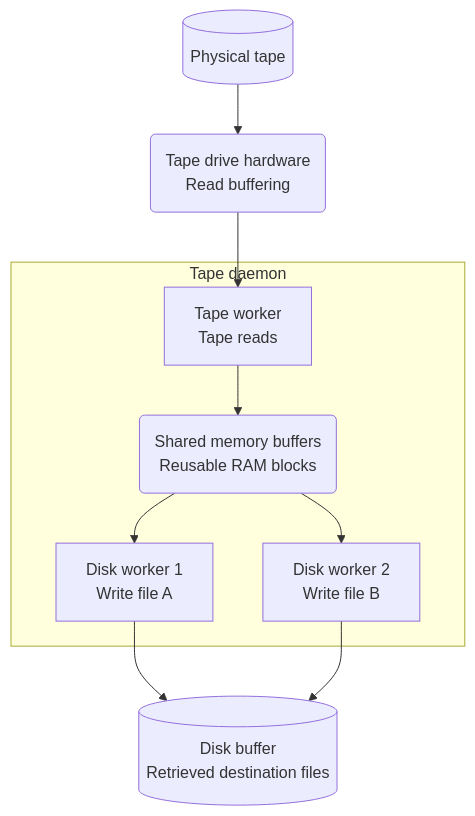
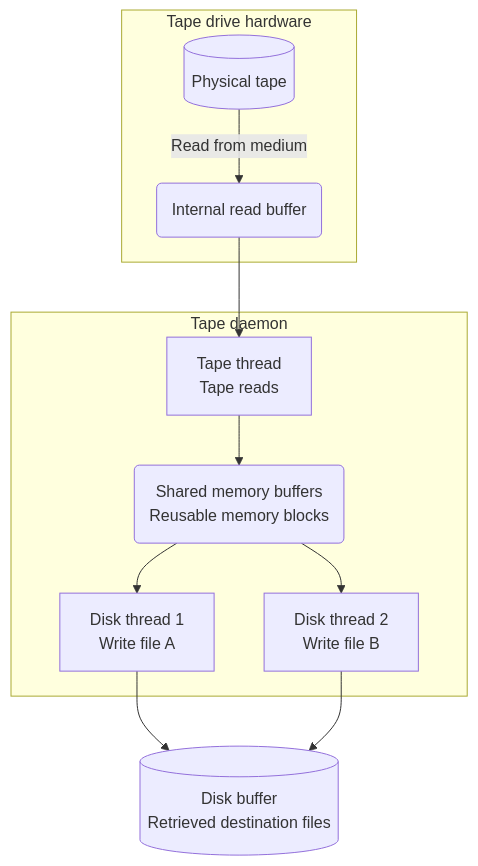
The third of 3 diagrams in docs/content/concepts/components/tape-daemon.md (cern-cta/CTA), drawn with Mermaid before and after one commit. The commit also changed other lines of this file and 3 other files, not shown here.

````diff
--- a/docs/content/concepts/components/tape-daemon.md
+++ b/docs/content/concepts/components/tape-daemon.md
@@ -459,18 +456,21 @@
 ```mermaid
 flowchart TB
-    tape[("Physical tape")]
-    drive("Tape drive hardware<br/>Read buffering")
+    subgraph drive["Tape drive hardware"]
+        tape[("Physical tape")]
+        buffer("Internal read buffer")
+        tape -->|Read from medium| buffer
+    end
     subgraph daemon["Tape daemon"]
-        reader["Tape worker<br/>Tape reads"]
-        memory("Shared memory buffers<br/>Reusable RAM blocks")
-        writer1["Disk worker 1<br/>Write file A"]
-        writer2["Disk worker 2<br/>Write file B"]
+        reader["Tape thread<br/>Tape reads"]
+        memory("Shared memory buffers<br/>Reusable memory blocks")
+        writer1["Disk thread 1<br/>Write file A"]
+        writer2["Disk thread 2<br/>Write file B"]
         reader --> memory
         memory --> writer1
         memory --> writer2
     end
     disk[("Disk buffer<br/>Retrieved destination files")]
-    tape --> drive --> reader
+    buffer --> reader
     writer1 --> disk
     writer2 --> disk
 ```
````
